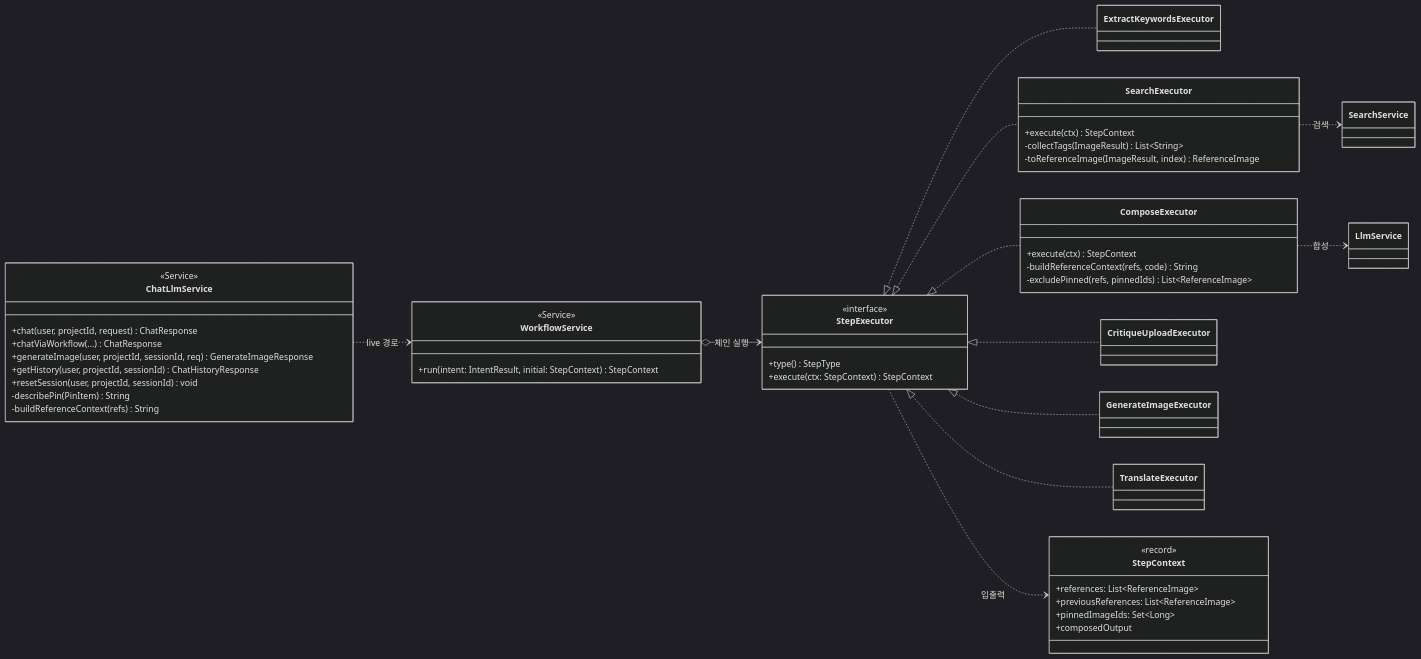
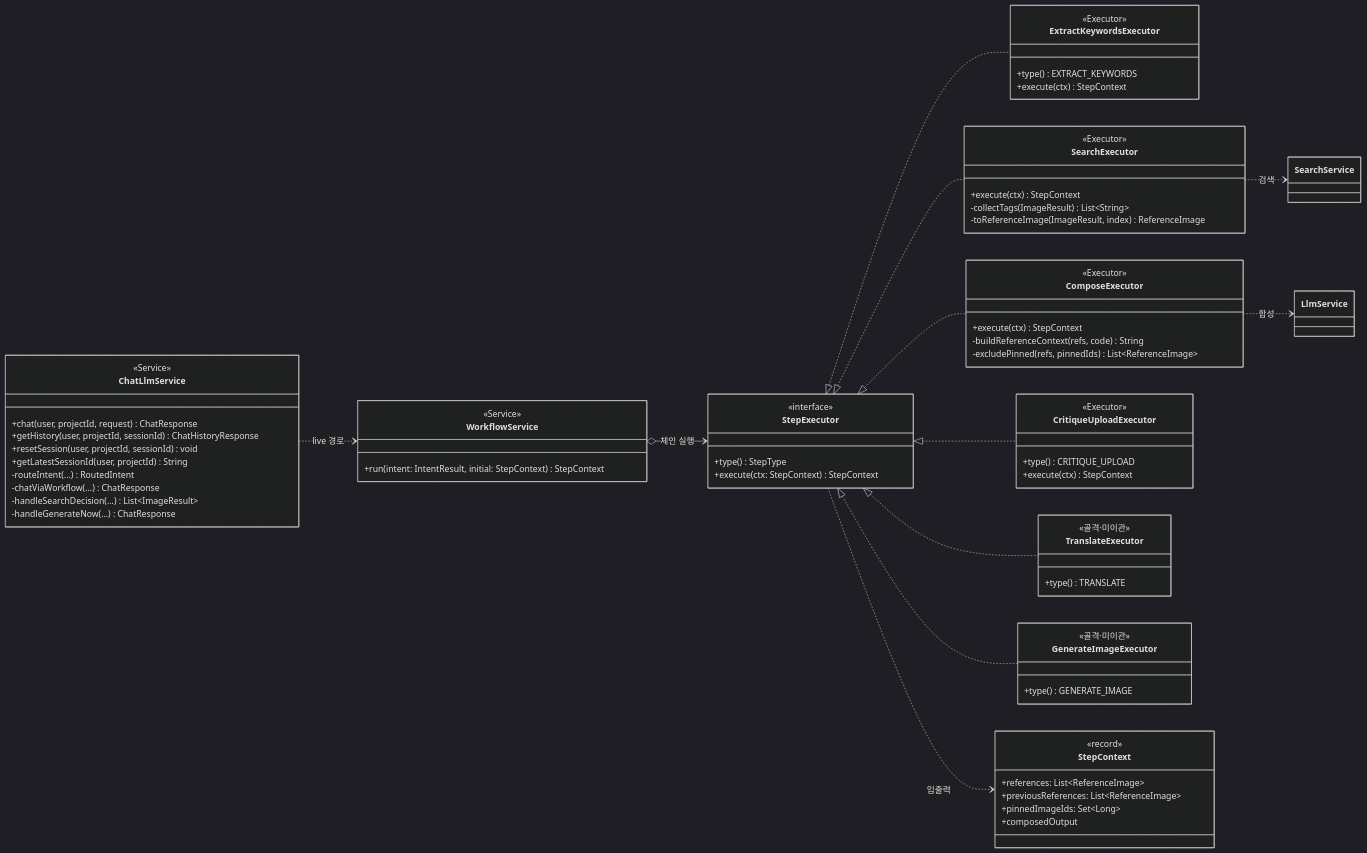
One commit to DraWeTeam/drawe changed the first of 5 diagrams in docs/SDS/classDiagram.md. Above: the diagram before and after it, drawn with Mermaid (dark theme). The commit also changed other lines of this file, not shown here.

First line of the commit message:
docs(sds): 클래스 다이어그램 보강 — 생성(legacy)·가이드 추가, 정확화

````diff
--- a/docs/SDS/classDiagram.md
+++ b/docs/SDS/classDiagram.md
@@ -6,61 +6,78 @@
 ```mermaid
 classDiagram
     direction LR
 
     class ChatLlmService {
         <<Service>>
         +chat(user, projectId, request) ChatResponse
-        +chatViaWorkflow(...) ChatResponse
-        +generateImage(user, projectId, sessionId, req) GenerateImageResponse
         +getHistory(user, projectId, sessionId) ChatHistoryResponse
         +resetSession(user, projectId, sessionId) void
-        -describePin(PinItem) String
-        -buildReferenceContext(refs) String
+        +getLatestSessionId(user, projectId) String
+        -routeIntent(...) RoutedIntent
+        -chatViaWorkflow(...) ChatResponse
+        -handleSearchDecision(...) List~ImageResult~
+        -handleGenerateNow(...) ChatResponse
     }
 
     class WorkflowService {
         <<Service>>
         +run(intent: IntentResult, initial: StepContext) StepContext
     }
 
     class StepExecutor {
         <<interface>>
         +type() StepType
         +execute(ctx: StepContext) StepContext
     }
 
-    class ExtractKeywordsExecutor
+    class ExtractKeywordsExecutor {
+        <<Executor>>
+        +type() EXTRACT_KEYWORDS
+        +execute(ctx) StepContext
+    }
     class SearchExecutor {
+        <<Executor>>
         +execute(ctx) StepContext
         -collectTags(ImageResult) List~String~
         -toReferenceImage(ImageResult, index) ReferenceImage
     }
     class ComposeExecutor {
+        <<Executor>>
         +execute(ctx) StepContext
         -buildReferenceContext(refs, code) String
         -excludePinned(refs, pinnedIds) List~ReferenceImage~
     }
-    class CritiqueUploadExecutor
-    class GenerateImageExecutor
-    class TranslateExecutor
+    class CritiqueUploadExecutor {
+        <<Executor>>
+        +type() CRITIQUE_UPLOAD
+        +execute(ctx) StepContext
+    }
+    class TranslateExecutor {
+        <<골격·미이관>>
+        +type() TRANSLATE
+    }
+    class GenerateImageExecutor {
+        <<골격·미이관>>
+        +type() GENERATE_IMAGE
+    }
 
     class StepContext {
         <<record>>
         +references: List~ReferenceImage~
         +previousReferences: List~ReferenceImage~
         +pinnedImageIds: Set~Long~
         +composedOutput
     }
 
     ChatLlmService ..> WorkflowService : live 경로
     WorkflowService o--> StepExecutor : 체인 실행
     StepExecutor <|.. ExtractKeywordsExecutor
     StepExecutor <|.. SearchExecutor
     StepExecutor <|.. ComposeExecutor
     StepExecutor <|.. CritiqueUploadExecutor
     StepExecutor <|.. GenerateImageExecutor
     StepExecutor <|.. TranslateExecutor
     StepExecutor ..> StepContext : 입출력
     SearchExecutor ..> SearchService : 검색
     ComposeExecutor ..> LlmService : 합성
 ```
````
